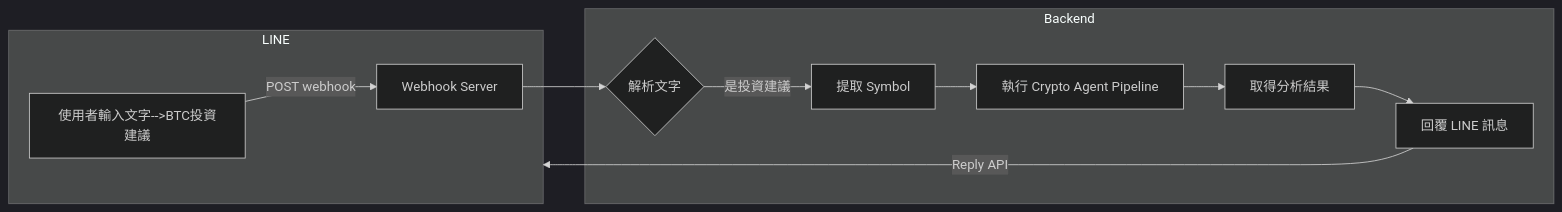
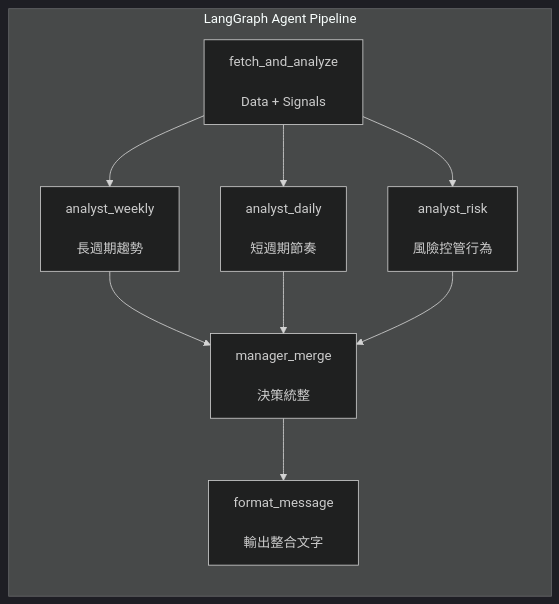
Before and after one commit to jiunjiun69/Crypto-AI-Agent-Framework: the third of 3 diagrams in README.md, drawn with Mermaid (dark theme). The commit also changed other lines of this file and 4 other files, not shown here.

````diff
--- a/README.md
+++ b/README.md
@@ -152,17 +547,25 @@
 ```mermaid
 flowchart LR
-    subgraph LINE
-      A[使用者輸入文字-->BTC投資建議]
-      A -->|POST webhook| B[Webhook Server]
+    subgraph Pipeline["LangGraph Agent Pipeline"]
+        A[fetch_and_analyze<br/>
+        Data + Signals]
+        B1[analyst_weekly<br/>
+        長週期趨勢]
+        B2[analyst_daily<br/>
+        短週期節奏]
+        B3[analyst_risk<br/>
+        風險控管行為]
+        C[manager_merge<br/>
+        決策統整]
+        D[format_message<br/>
+        輸出整合文字]
     end
 
-    subgraph Backend
-      B --> C{解析文字}
-      C -->|是投資建議| D[提取 Symbol]
-      D --> E[執行 Crypto Agent Pipeline]
-      E --> F[取得分析結果]
-      F --> G[回覆 LINE 訊息]
-    end
-
-    G -->|Reply API| LINE
+    A --> B1
+    A --> B2
+    A --> B3
+    B1 --> C
+    B2 --> C
+    B3 --> C
+    C --> D
 ```
````
